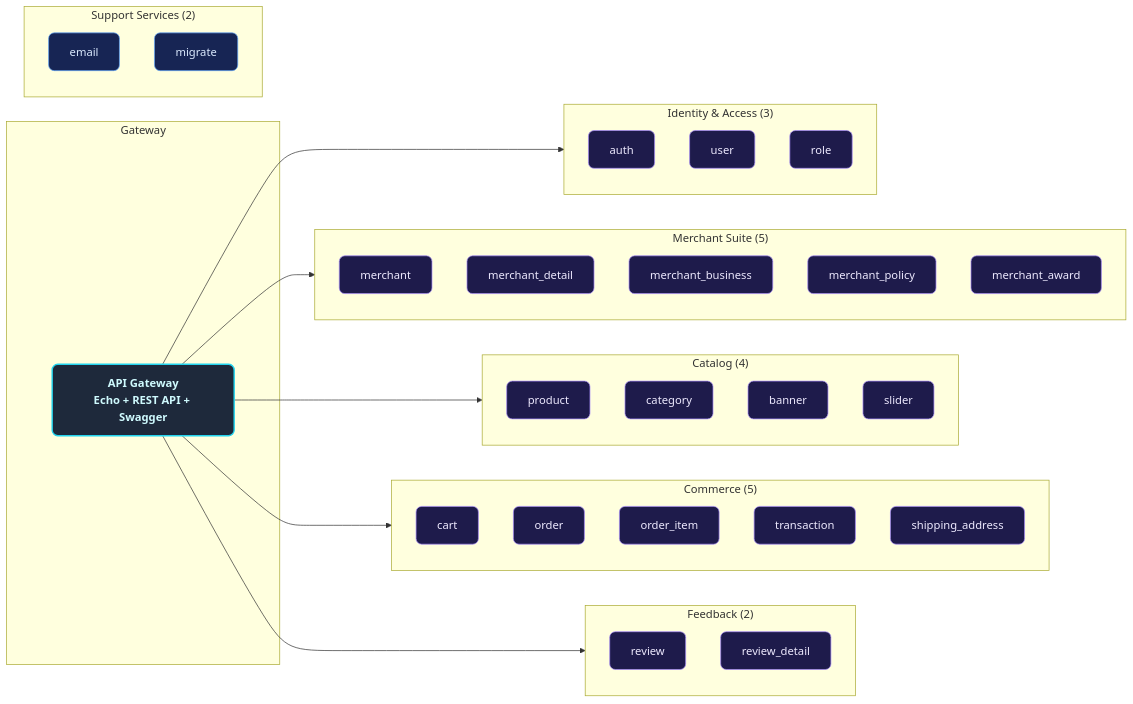
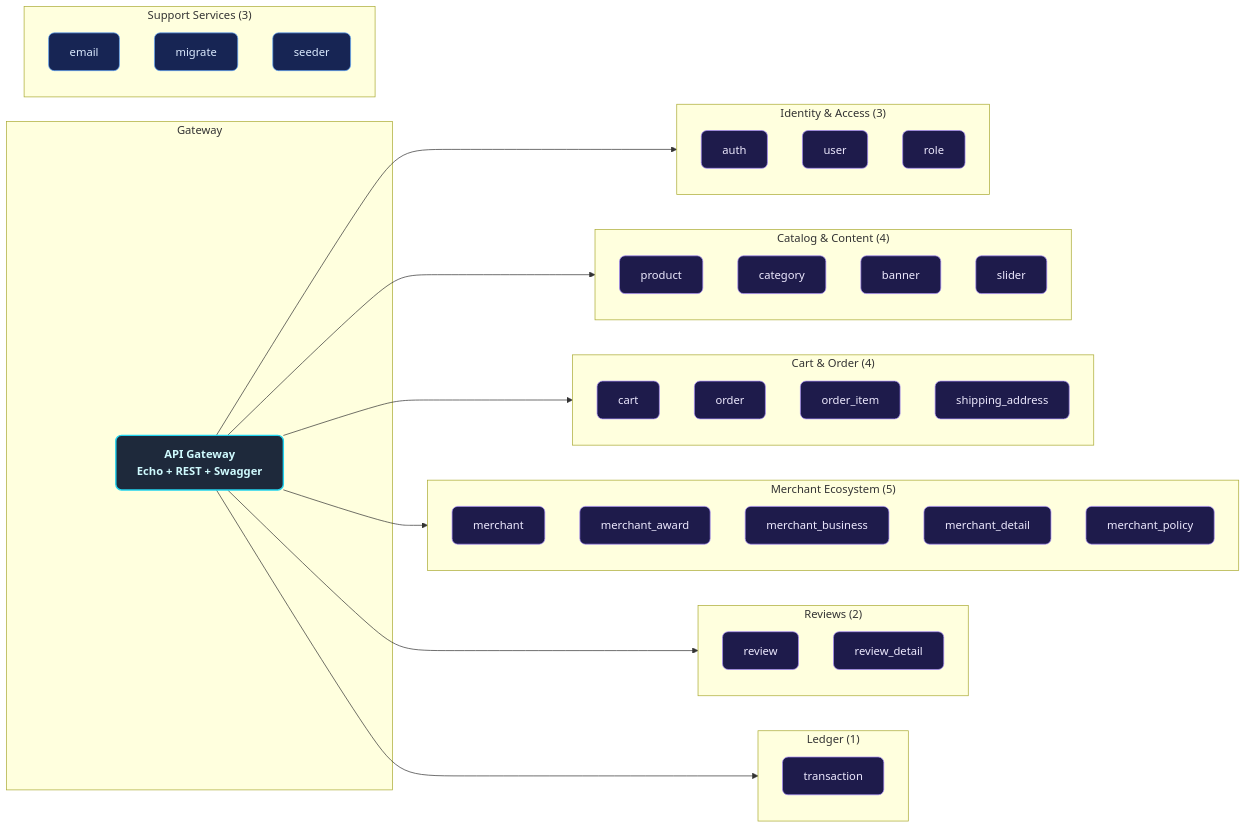
Before and after one commit to MamangRust/monolith-ecommerce-grpc: the second of 8 diagrams in README.md, drawn with Mermaid. The commit also changed other lines of this file and 952 other files, not shown here.

Commit message:
refactor: reorganize service architectures, update Kubernetes deployments, and optimize shared utility structures.

````diff
--- a/README.md
+++ b/README.md
@@ -149,55 +151,60 @@
 ```mermaid
 graph LR
     classDef svc fill:#1e1b4b,stroke:#a78bfa,color:#ede9fe,stroke-width:1px,rx:8
     classDef gw fill:#1e293b,stroke:#22d3ee,color:#cffafe,stroke-width:2px,rx:8,font-weight:bold
     classDef support fill:#172554,stroke:#60a5fa,color:#dbeafe,stroke-width:1px,rx:8
 
     subgraph Gateway
-        API["API Gateway<br/>Echo + REST API + Swagger"]:::gw
+        API["API Gateway<br/>Echo + REST + Swagger"]:::gw
     end
 
     subgraph Identity["Identity & Access (3)"]
         A1["auth"]:::svc
         A2["user"]:::svc
         A3["role"]:::svc
     end
 
-    subgraph Merchant["Merchant Suite (5)"]
-        M1["merchant"]:::svc
-        M2["merchant_detail"]:::svc
-        M3["merchant_business"]:::svc
-        M4["merchant_policy"]:::svc
-        M5["merchant_award"]:::svc
-    end
-
-    subgraph Catalog["Catalog (4)"]
+    subgraph Catalog["Catalog & Content (4)"]
         C1["product"]:::svc
         C2["category"]:::svc
         C3["banner"]:::svc
         C4["slider"]:::svc
     end
 
-    subgraph Commerce["Commerce (5)"]
+    subgraph CartOrder["Cart & Order (4)"]
         O1["cart"]:::svc
         O2["order"]:::svc
         O3["order_item"]:::svc
-        O4["transaction"]:::svc
-        O5["shipping_address"]:::svc
+        O4["shipping_address"]:::svc
     end
 
-    subgraph Feedback["Feedback (2)"]
+    subgraph Merchant["Merchant Ecosystem (5)"]
+        M1["merchant"]:::svc
+        M2["merchant_award"]:::svc
+        M3["merchant_business"]:::svc
+        M4["merchant_detail"]:::svc
+        M5["merchant_policy"]:::svc
+    end
+
+    subgraph Social["Reviews (2)"]
         R1["review"]:::svc
         R2["review_detail"]:::svc
     end
 
-    subgraph Support["Support Services (2)"]
+    subgraph Ledger["Ledger (1)"]
+        L1["transaction"]:::svc
+    end
+
+    subgraph Support["Support Services (3)"]
         S1["email"]:::support
         S2["migrate"]:::support
+        S3["seeder"]:::support
     end
 
     API --> Identity
+    API --> Catalog
+    API --> CartOrder
     API --> Merchant
-    API --> Catalog
-    API --> Commerce
-    API --> Feedback
+    API --> Social
+    API --> Ledger
 ```
````
